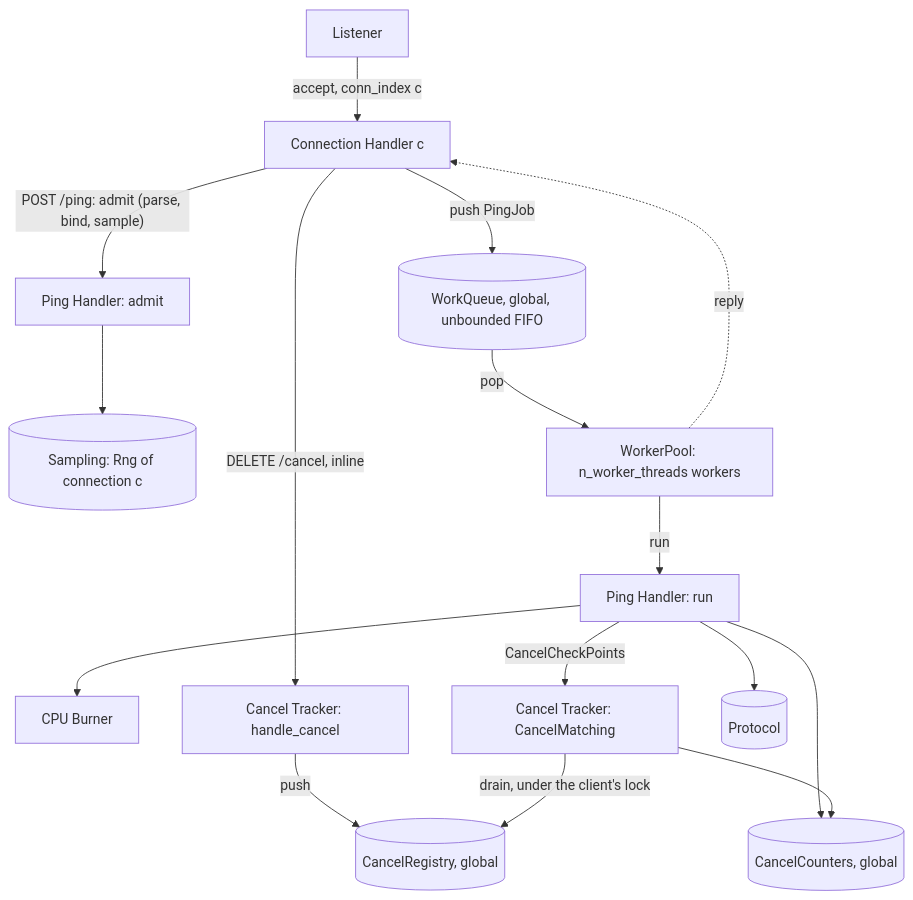
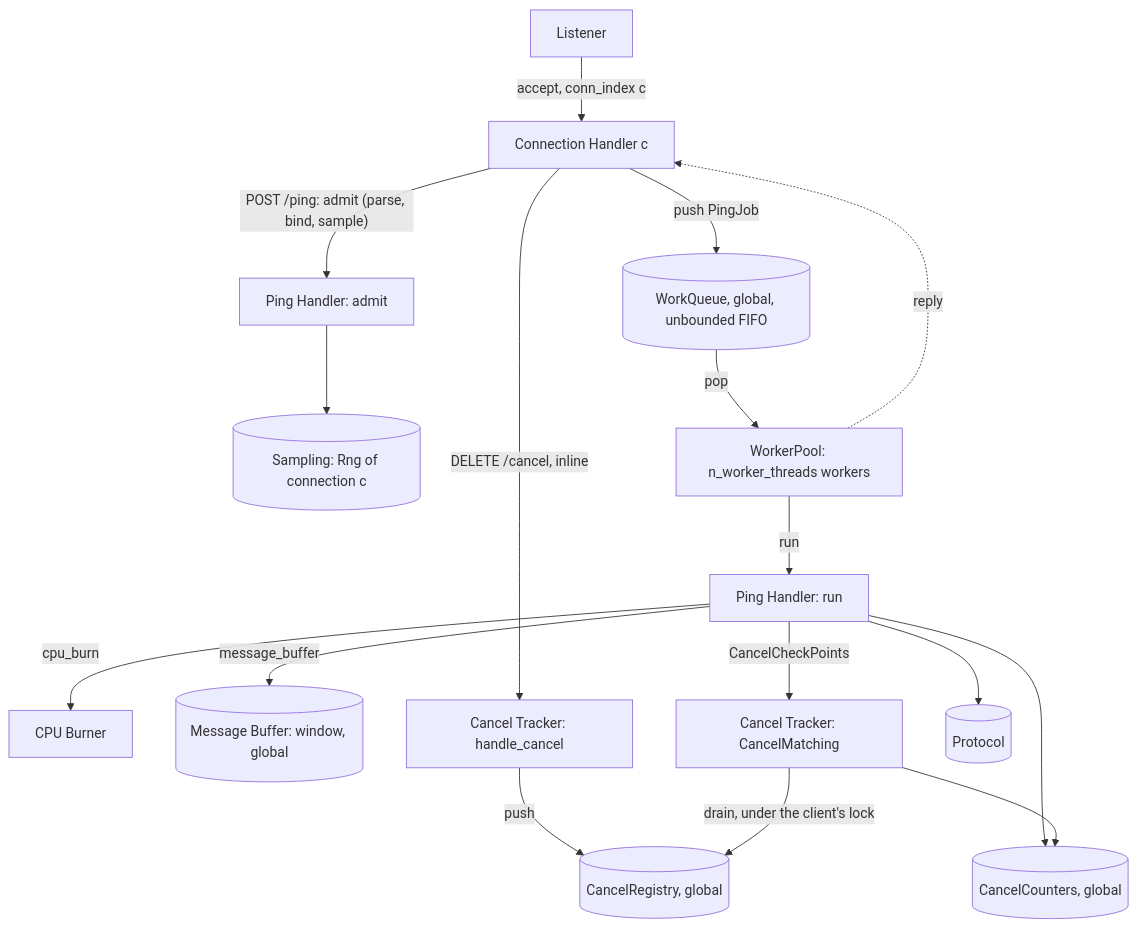
Before and after one commit to grapheo12/metastability-cancellation: the diagram in abstraction/server/design.md, drawn with Mermaid. The commit also changed other lines of this file and 8 other files, not shown here.

First line of the commit message:
[spec] Message Buffer + Server: message_buffer ServerWorkload

````diff
--- a/abstraction/server/design.md
+++ b/abstraction/server/design.md
@@ -5,18 +5,19 @@
 ```mermaid
 flowchart TD
   L[Listener] -->|accept, conn_index c| CH[Connection Handler c]
   CH -->|"POST /ping: admit (parse, bind, sample)"| PA[Ping Handler: admit]
   PA --> S[(Sampling: Rng of connection c)]
   CH -->|push PingJob| Q[(WorkQueue, global, unbounded FIFO)]
   Q -->|pop| W[WorkerPool: n_worker_threads workers]
   W -->|run| PR[Ping Handler: run]
-  PR --> CB[CPU Burner]
+  PR -->|cpu_burn| CB[CPU Burner]
+  PR -->|message_buffer| MB[(Message Buffer: window, global)]
   PR -->|CancelCheckPoints| CM[Cancel Tracker: CancelMatching]
   W -.reply.-> CH
   CH -->|"DELETE /cancel, inline"| HC[Cancel Tracker: handle_cancel]
   HC -->|push| R[(CancelRegistry, global)]
   CM -->|"drain, under the client's lock"| R
   PR --> P[(Protocol)]
   PR --> K[(CancelCounters, global)]
   CM --> K
 ```
````
